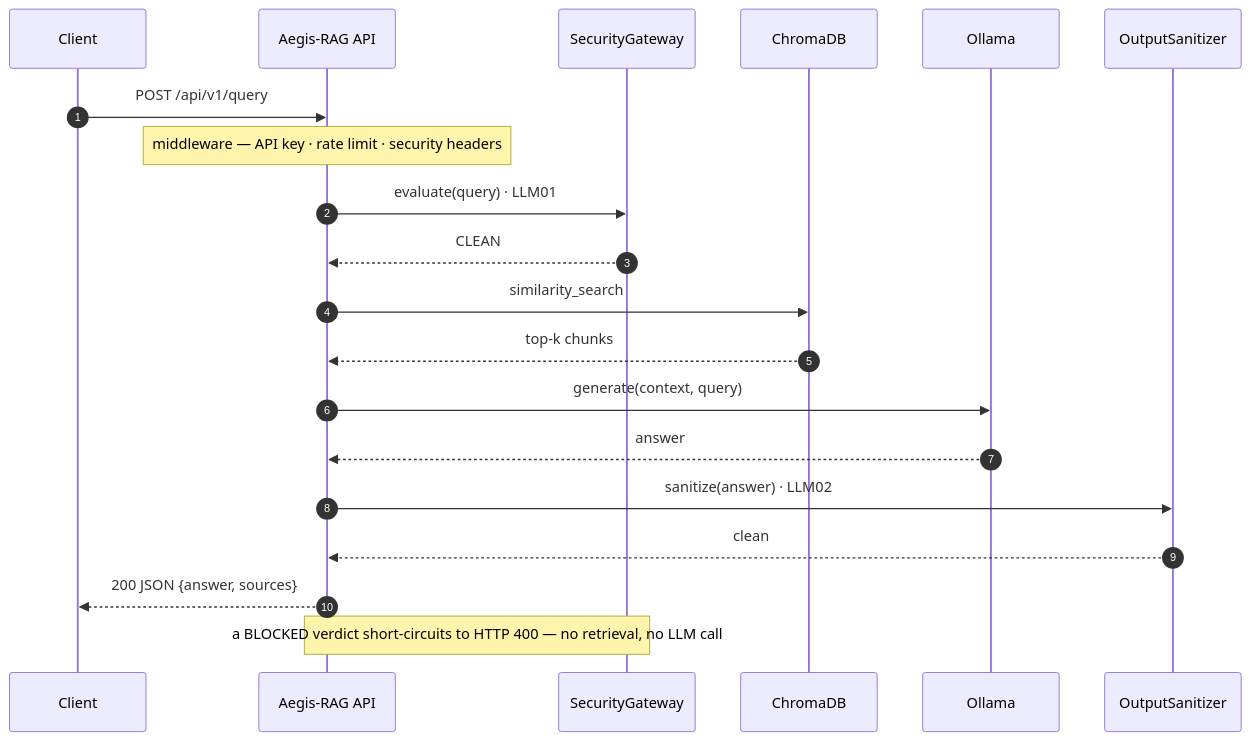
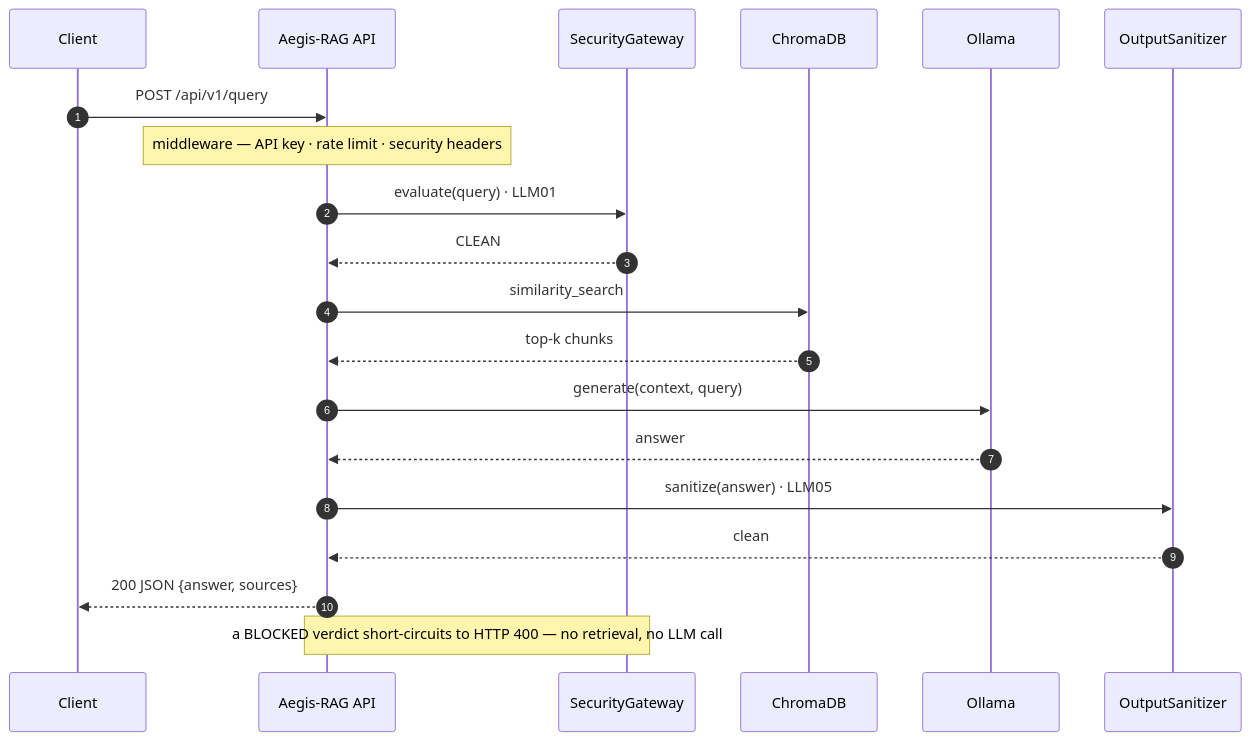
Before and after one commit to Carlosmarroquin20/Aegis-RAG: the second of 2 diagrams in README.md, drawn with Mermaid. The commit also changed other lines of this file and 10 other files, not shown here.

````diff
--- a/README.md
+++ b/README.md
@@ -94,22 +94,22 @@
 ```mermaid
 sequenceDiagram
     autonumber
     participant C as Client
     participant A as Aegis-RAG API
     participant G as SecurityGateway
     participant S as ChromaDB
     participant L as Ollama
     participant O as OutputSanitizer
     C->>A: POST /api/v1/query
     Note over A: middleware — API key · rate limit · security headers
     A->>G: evaluate(query) · LLM01
     G-->>A: CLEAN
     A->>S: similarity_search
     S-->>A: top-k chunks
     A->>L: generate(context, query)
     L-->>A: answer
-    A->>O: sanitize(answer) · LLM02
+    A->>O: sanitize(answer) · LLM05
     O-->>A: clean
     A-->>C: 200 JSON {answer, sources}
     Note over A,G: a BLOCKED verdict short-circuits to HTTP 400 — no retrieval, no LLM call
 ```
````
